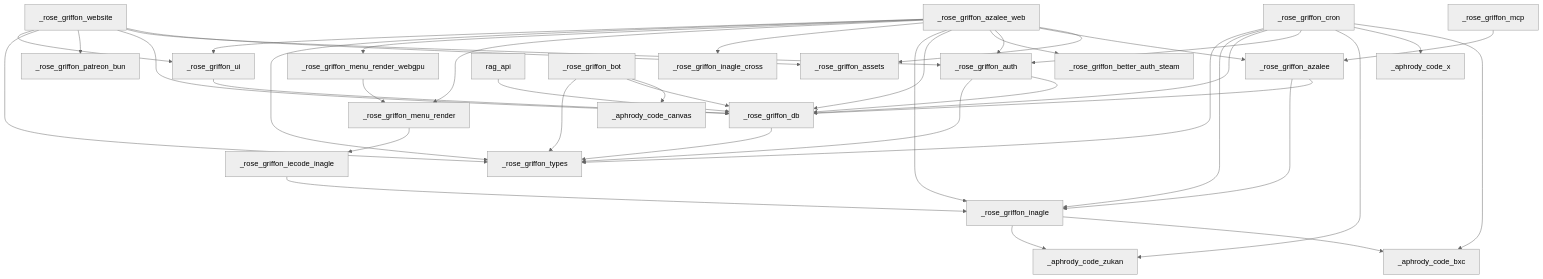
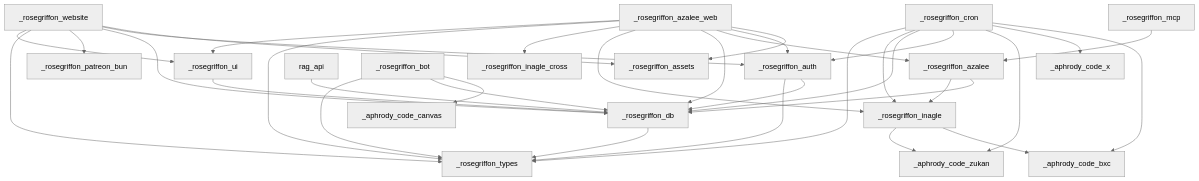
One commit to aphrody-labs/rosegriffon changed the diagram in docs/REPO_MAP.md. Above: the diagram before and after it, drawn with Mermaid (neutral theme). The commit also changed other lines of this file and 20 other files, not shown here.

First line of the commit message:
feat(ops): déploiement bleu/vert sans coupure d'azalee et website en une commande

````diff
--- a/docs/REPO_MAP.md
+++ b/docs/REPO_MAP.md
@@ -498,43 +407,37 @@
 ```mermaid
 graph TD
-    _rose_griffon_azalee_web --> _rose_griffon_assets
-    _rose_griffon_azalee_web --> _rose_griffon_azalee
-    _rose_griffon_azalee_web --> _rose_griffon_auth
-    _rose_griffon_azalee_web --> _rose_griffon_better_auth_steam
-    _rose_griffon_azalee_web --> _rose_griffon_db
-    _rose_griffon_azalee_web --> _rose_griffon_inagle
-    _rose_griffon_azalee_web --> _rose_griffon_inagle_cross
-    _rose_griffon_azalee_web --> _rose_griffon_menu_render
-    _rose_griffon_azalee_web --> _rose_griffon_menu_render_webgpu
-    _rose_griffon_azalee_web --> _rose_griffon_types
-    _rose_griffon_azalee_web --> _rose_griffon_ui
-    rag_api --> _rose_griffon_db
-    _rose_griffon_bot --> _aphrody_code_canvas
-    _rose_griffon_bot --> _rose_griffon_db
-    _rose_griffon_bot --> _rose_griffon_types
-    _rose_griffon_website --> _rose_griffon_assets
-    _rose_griffon_website --> _rose_griffon_auth
-    _rose_griffon_website --> _rose_griffon_db
-    _rose_griffon_website --> _rose_griffon_patreon_bun
-    _rose_griffon_website --> _rose_griffon_types
-    _rose_griffon_website --> _rose_griffon_ui
-    _rose_griffon_azalee --> _rose_griffon_db
-    _rose_griffon_azalee --> _rose_griffon_inagle
-    _rose_griffon_auth --> _rose_griffon_db
-    _rose_griffon_auth --> _rose_griffon_types
-    _rose_griffon_cron --> _aphrody_code_bxc
-    _rose_griffon_cron --> _aphrody_code_x
-    _rose_griffon_cron --> _aphrody_code_zukan
-    _rose_griffon_cron --> _rose_griffon_auth
-    _rose_griffon_cron --> _rose_griffon_db
-    _rose_griffon_cron --> _rose_griffon_inagle
-    _rose_griffon_cron --> _rose_griffon_types
-    _rose_griffon_db --> _rose_griffon_types
-    _rose_griffon_inagle --> _aphrody_code_bxc
-    _rose_griffon_inagle --> _aphrody_code_zukan
-    _rose_griffon_ui --> _rose_griffon_db
-    _rose_griffon_iecode_inagle --> _rose_griffon_inagle
-    _rose_griffon_menu_render_webgpu --> _rose_griffon_menu_render
-    _rose_griffon_menu_render --> _rose_griffon_iecode_inagle
-    _rose_griffon_mcp --> _rose_griffon_azalee
+    _rosegriffon_azalee_web --> _rosegriffon_assets
+    _rosegriffon_azalee_web --> _rosegriffon_auth
+    _rosegriffon_azalee_web --> _rosegriffon_azalee
+    _rosegriffon_azalee_web --> _rosegriffon_db
+    _rosegriffon_azalee_web --> _rosegriffon_inagle
+    _rosegriffon_azalee_web --> _rosegriffon_inagle_cross
+    _rosegriffon_azalee_web --> _rosegriffon_types
+    _rosegriffon_azalee_web --> _rosegriffon_ui
+    rag_api --> _rosegriffon_db
+    _rosegriffon_bot --> _aphrody_code_canvas
+    _rosegriffon_bot --> _rosegriffon_db
+    _rosegriffon_bot --> _rosegriffon_types
+    _rosegriffon_website --> _rosegriffon_assets
+    _rosegriffon_website --> _rosegriffon_auth
+    _rosegriffon_website --> _rosegriffon_db
+    _rosegriffon_website --> _rosegriffon_patreon_bun
+    _rosegriffon_website --> _rosegriffon_types
+    _rosegriffon_website --> _rosegriffon_ui
+    _rosegriffon_azalee --> _rosegriffon_db
+    _rosegriffon_azalee --> _rosegriffon_inagle
+    _rosegriffon_auth --> _rosegriffon_db
+    _rosegriffon_auth --> _rosegriffon_types
+    _rosegriffon_cron --> _aphrody_code_bxc
+    _rosegriffon_cron --> _aphrody_code_x
+    _rosegriffon_cron --> _aphrody_code_zukan
+    _rosegriffon_cron --> _rosegriffon_auth
+    _rosegriffon_cron --> _rosegriffon_db
+    _rosegriffon_cron --> _rosegriffon_inagle
+    _rosegriffon_cron --> _rosegriffon_types
+    _rosegriffon_db --> _rosegriffon_types
+    _rosegriffon_inagle --> _aphrody_code_bxc
+    _rosegriffon_inagle --> _aphrody_code_zukan
+    _rosegriffon_ui --> _rosegriffon_db
+    _rosegriffon_mcp --> _rosegriffon_azalee
 ```
````
